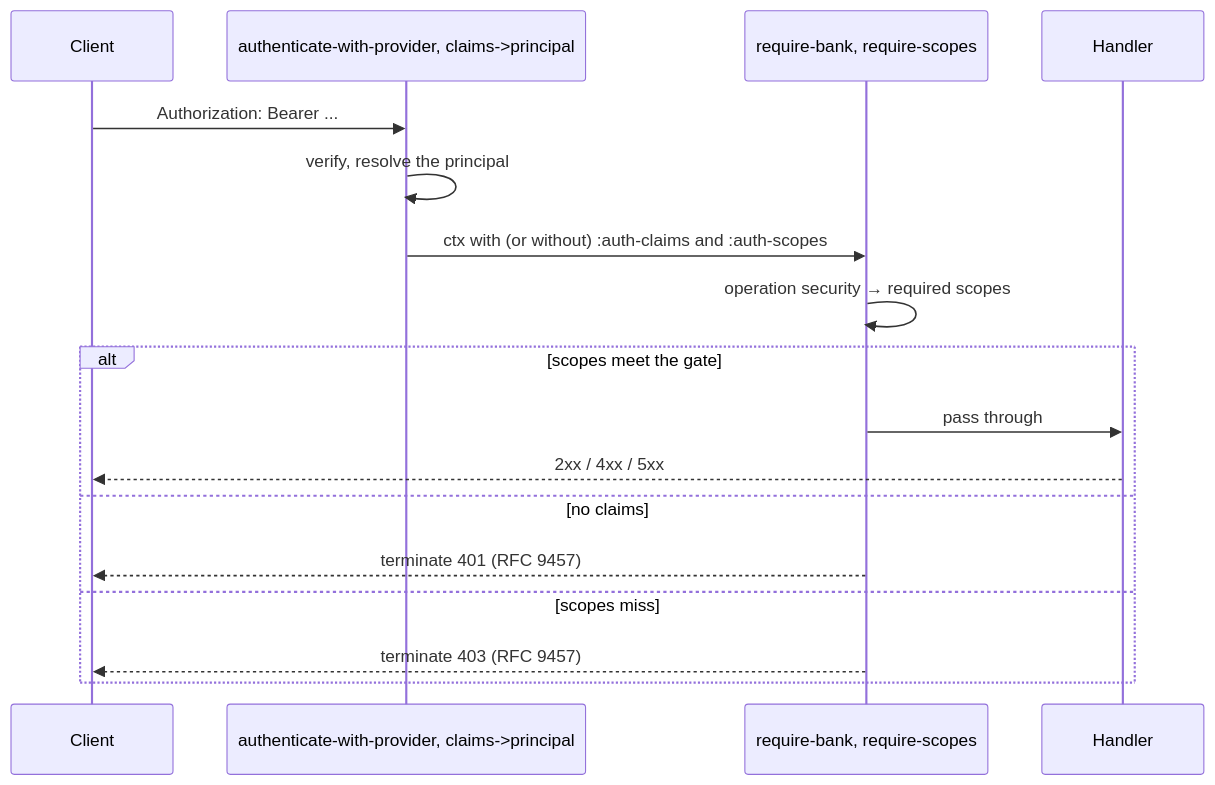
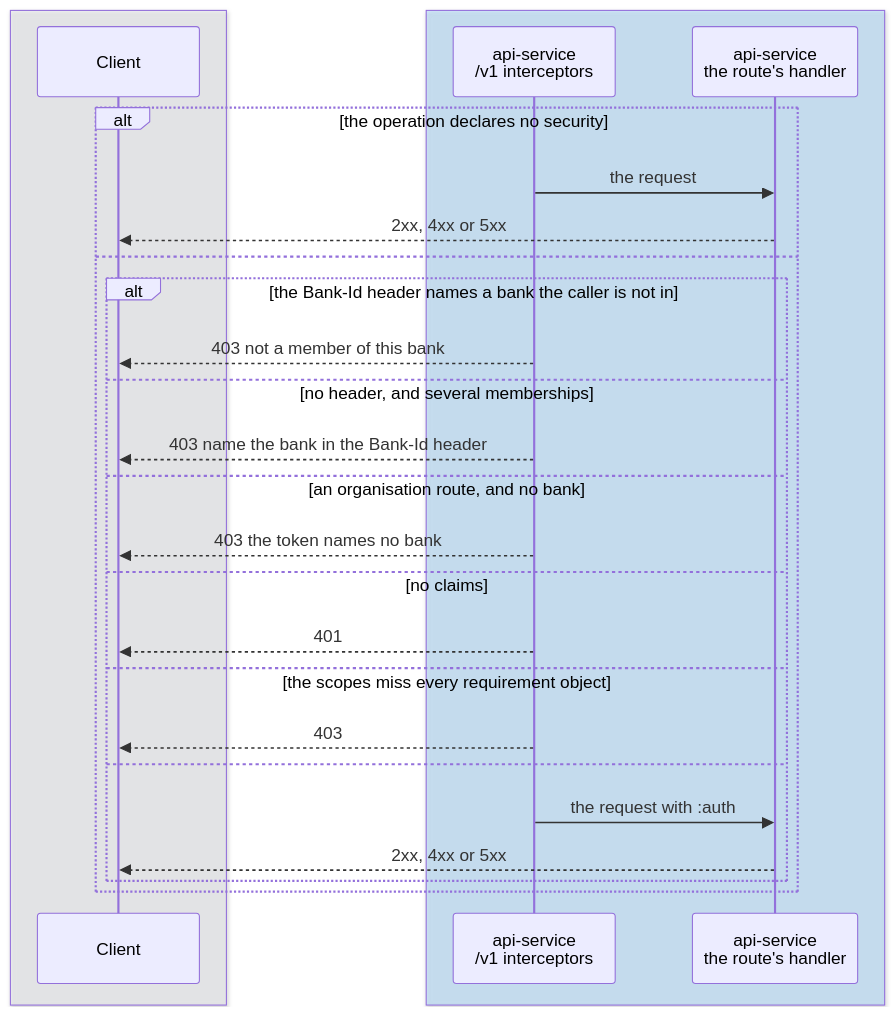
The fifth of 5 diagrams in docs/tdd/service-apis.md (repldriven/queenswood), drawn with Mermaid before and after one commit. The commit also changed other lines of this file and 39 other files, not shown here.

First line of the commit message:
Configure a command's reply timeout, create a bank's client after its commit, and redraw the TDDs' sequence diagrams (#832)

````diff
--- a/docs/tdd/service-apis.md
+++ b/docs/tdd/service-apis.md
@@ -379,20 +501,29 @@
 ```mermaid
 sequenceDiagram
+    box rgba(233, 236, 239, 0.5)
     participant C as Client
-    participant A as authenticate-with-provider, claims->principal
-    participant Z as require-bank, require-scopes
-    participant H as Handler
-
-    C->>A: Authorization: Bearer ...
-    A->>A: verify, resolve the principal
-    A->>Z: ctx with (or without) :auth-claims and :auth-scopes
-    Z->>Z: operation security → required scopes
-    alt scopes meet the gate
-        Z->>H: pass through
-        H-->>C: 2xx / 4xx / 5xx
+    end
+    box rgba(165, 216, 255, 0.45)
+    participant API as api-service<br/>/v1 interceptors
+    participant H as api-service<br/>the route's handler
+    end
+    alt the operation declares no security
+    API->>H: the request
+    H-->>C: 2xx, 4xx or 5xx
+    else
+    alt the Bank-Id header names a bank the caller is not in
+    API-->>C: 403 not a member of this bank
+    else no header, and several memberships
+    API-->>C: 403 name the bank in the Bank-Id header
+    else an organisation route, and no bank
+    API-->>C: 403 the token names no bank
     else no claims
-        Z-->>C: terminate 401 (RFC 9457)
-    else scopes miss
-        Z-->>C: terminate 403 (RFC 9457)
+    API-->>C: 401
+    else the scopes miss every requirement object
+    API-->>C: 403
+    else
+    API->>H: the request with :auth
+    H-->>C: 2xx, 4xx or 5xx
+    end
     end
 ```
````
